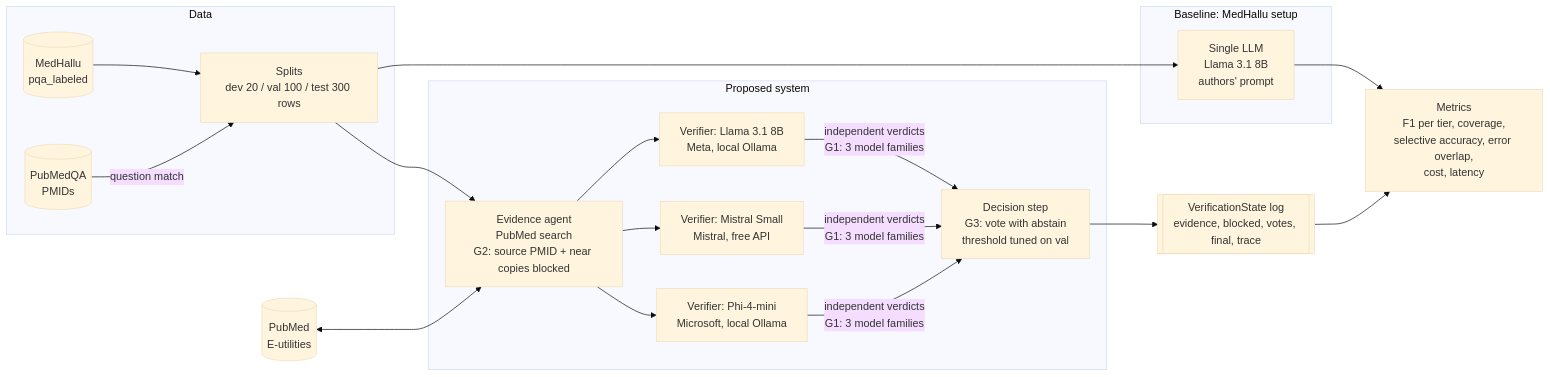
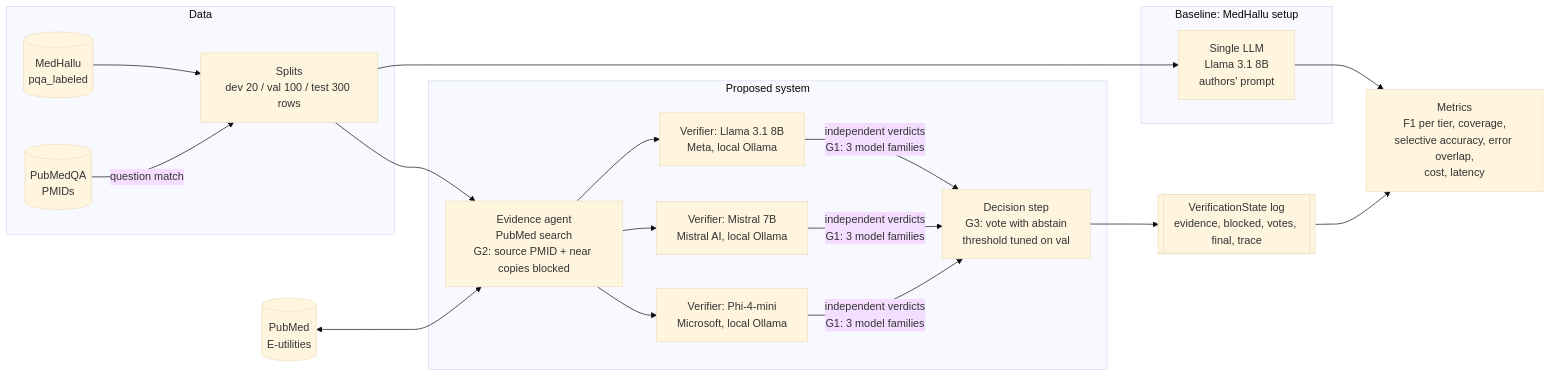
Before and after one commit to khan-shayan9/Agentic-AI-Project: the diagram in docs/ARCHITECTURE.md, drawn with Mermaid (base theme). The commit also changed 11 other files, not shown here.

Commit message:
Local Mistral 7B by default; verifiers answer with word labels

````diff
--- a/docs/ARCHITECTURE.md
+++ b/docs/ARCHITECTURE.md
@@ -5,32 +5,32 @@
 ```mermaid
 flowchart LR
     subgraph DATA[Data]
         MH[(MedHallu<br/>pqa_labeled)]
         PQ[(PubMedQA<br/>PMIDs)]
         SPL[Splits<br/>dev 20 / val 100 / test 300 rows]
         MH --> SPL
         PQ -->|question match| SPL
     end
 
     subgraph BASE[Baseline: MedHallu setup]
         B1[Single LLM<br/>Llama 3.1 8B<br/>authors' prompt]
     end
 
     subgraph SYS[Proposed system]
         EV[Evidence agent<br/>PubMed search<br/>G2: source PMID + near copies blocked]
         V1[Verifier: Llama 3.1 8B<br/>Meta, local Ollama]
-        V2[Verifier: Mistral Small<br/>Mistral, free API]
+        V2[Verifier: Mistral 7B<br/>Mistral AI, local Ollama]
         V3[Verifier: Phi-4-mini<br/>Microsoft, local Ollama]
         DEC[Decision step<br/>G3: vote with abstain<br/>threshold tuned on val]
         EV --> V1 & V2 & V3
         V1 & V2 & V3 -->|independent verdicts<br/>G1: 3 model families| DEC
     end
 
     PUB[(PubMed<br/>E-utilities)] <--> EV
     SPL --> B1
     SPL --> EV
     STATE[[VerificationState log<br/>evidence, blocked, votes, final, trace]]
     DEC --> STATE
     B1 --> M[Metrics<br/>F1 per tier, coverage,<br/>selective accuracy, error overlap,<br/>cost, latency]
     STATE --> M
 ```
````
